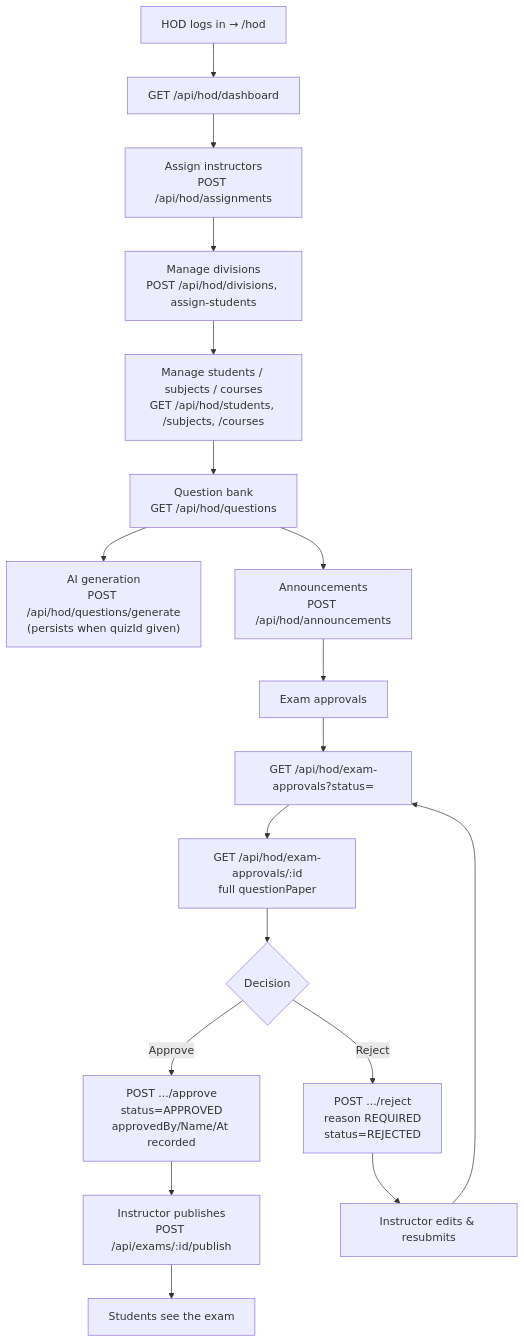
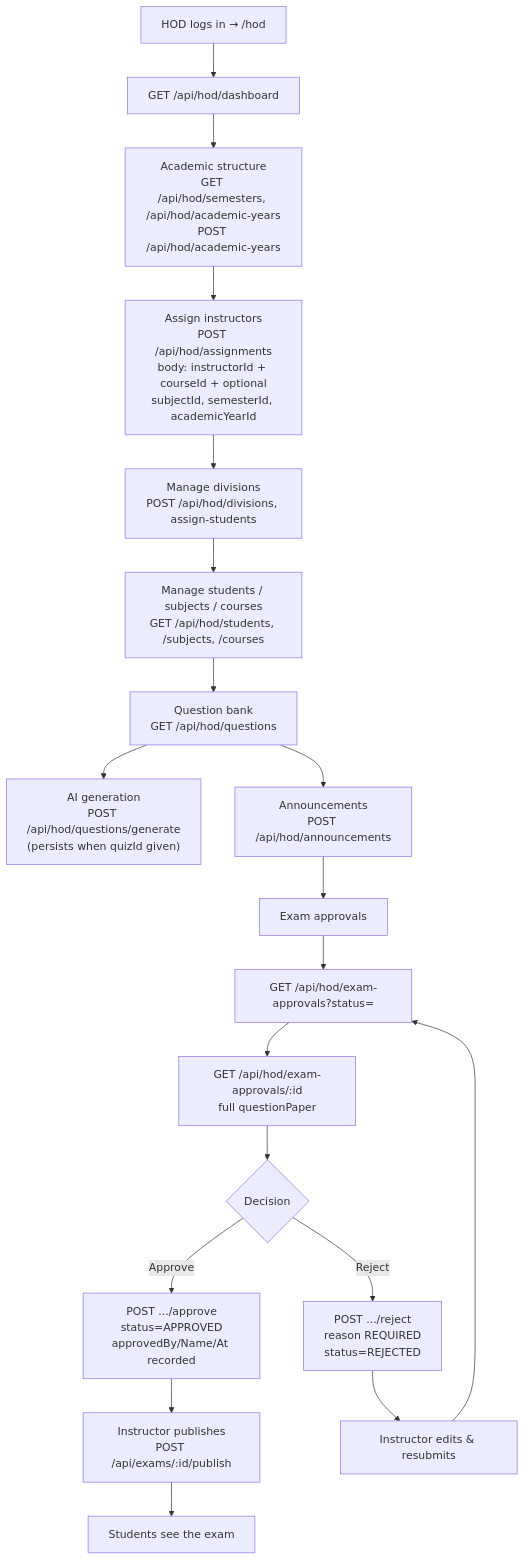
The seventh of 13 diagrams in docs/02-Workflows/WORKFLOWS.md (RohitDhobi/AI-Smart-LMS-Project-), drawn with Mermaid before and after one commit. The commit also changed other lines of this file, not shown here.

````diff
--- a/docs/02-Workflows/WORKFLOWS.md
+++ b/docs/02-Workflows/WORKFLOWS.md
@@ -222,20 +228,21 @@
 ```mermaid
 flowchart TD
     A[HOD logs in → /hod] --> B[GET /api/hod/dashboard]
-    B --> C[Assign instructors<br/>POST /api/hod/assignments]
+    B --> B2[Academic structure<br/>GET /api/hod/semesters, /api/hod/academic-years<br/>POST /api/hod/academic-years]
+    B2 --> C[Assign instructors<br/>POST /api/hod/assignments<br/>body: instructorId + courseId + optional<br/>subjectId, semesterId, academicYearId]
     C --> D[Manage divisions<br/>POST /api/hod/divisions, assign-students]
     D --> E[Manage students / subjects / courses<br/>GET /api/hod/students, /subjects, /courses]
     E --> F[Question bank<br/>GET /api/hod/questions]
     F --> G["AI generation<br/>POST /api/hod/questions/generate<br/>(persists when quizId given)"]
     F --> H[Announcements<br/>POST /api/hod/announcements]
     H --> I[Exam approvals]
     I --> J[GET /api/hod/exam-approvals?status=]
     J --> K[GET /api/hod/exam-approvals/:id<br/>full questionPaper]
     K --> L{Decision}
     L -->|Approve| M["POST .../approve<br/>status=APPROVED<br/>approvedBy/Name/At recorded"]
     L -->|Reject| N["POST .../reject<br/>reason REQUIRED<br/>status=REJECTED"]
     N --> O[Instructor edits &amp; resubmits]
     O --> J
     M --> P[Instructor publishes<br/>POST /api/exams/:id/publish]
     P --> Q[Students see the exam]
 ```
````
